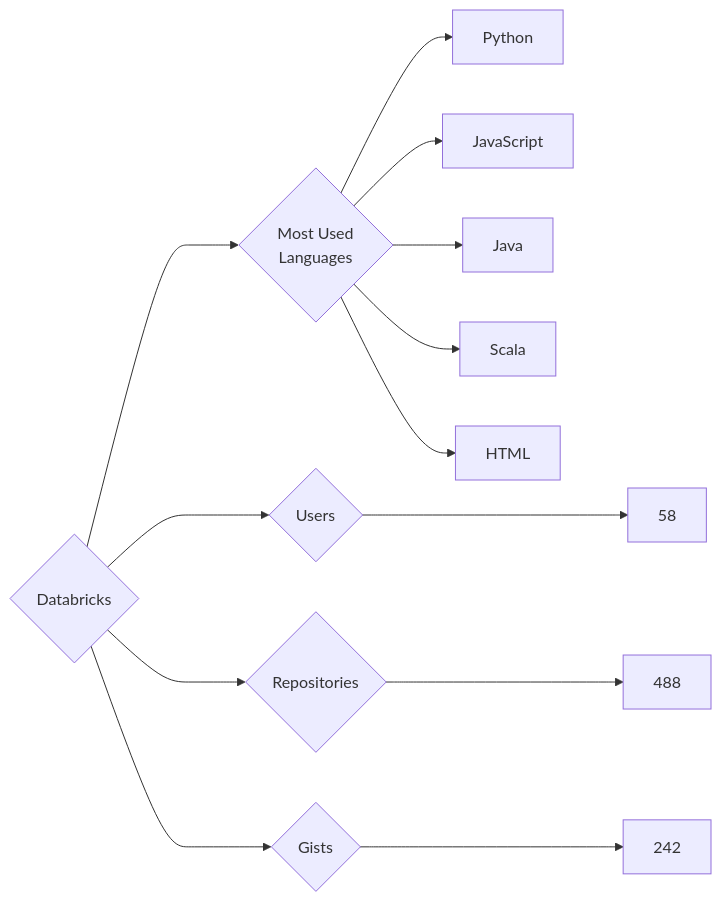
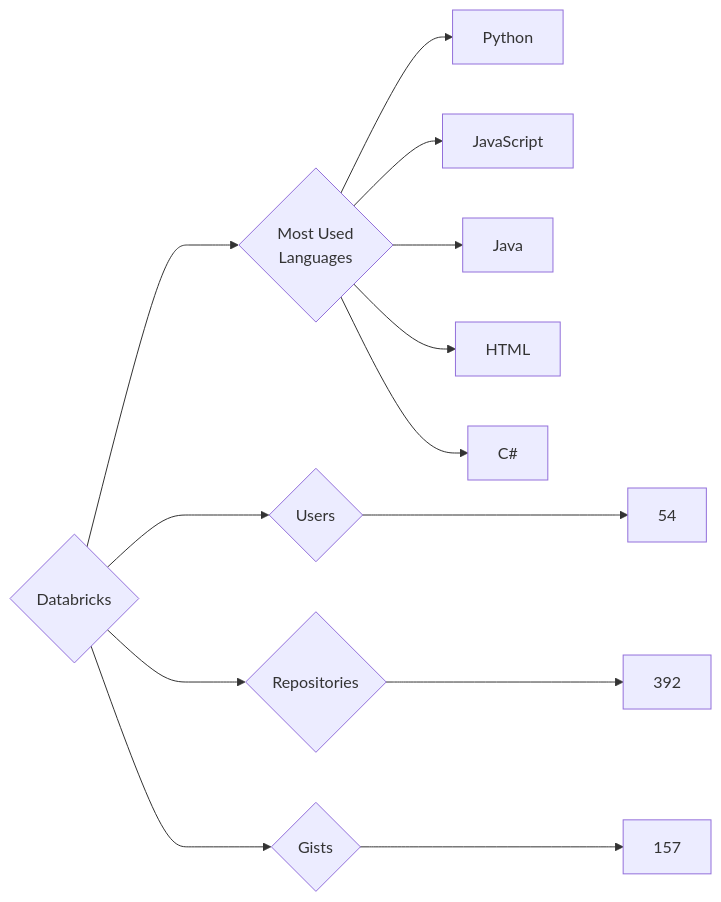
One commit to trickest/insiders changed the diagram in targets/Databricks/README.md. Above: the diagram before and after it, drawn with Mermaid. The commit also changed 953 other files, not shown here.

````diff
--- a/targets/Databricks/README.md
+++ b/targets/Databricks/README.md
@@ -3,13 +3,13 @@
 ```mermaid
 graph LR
 COMPANY_NAME{Databricks}
-COMPANY_NAME ---> U{Users} ---> UN[58]
-COMPANY_NAME ---> R{Repositories} ---> RN[488]
-COMPANY_NAME ---> G{Gists} ---> GN[242]
+COMPANY_NAME ---> U{Users} ---> UN[54]
+COMPANY_NAME ---> R{Repositories} ---> RN[392]
+COMPANY_NAME ---> G{Gists} ---> GN[157]
 COMPANY_NAME ---> ML{Most Used<br>Languages}
 ML --> Python[Python]
 ML --> JavaScript[JavaScript]
 ML --> Java[Java]
-ML --> Scala[Scala]
 ML --> HTML[HTML]
+ML --> C#[C#]
 ```
````
